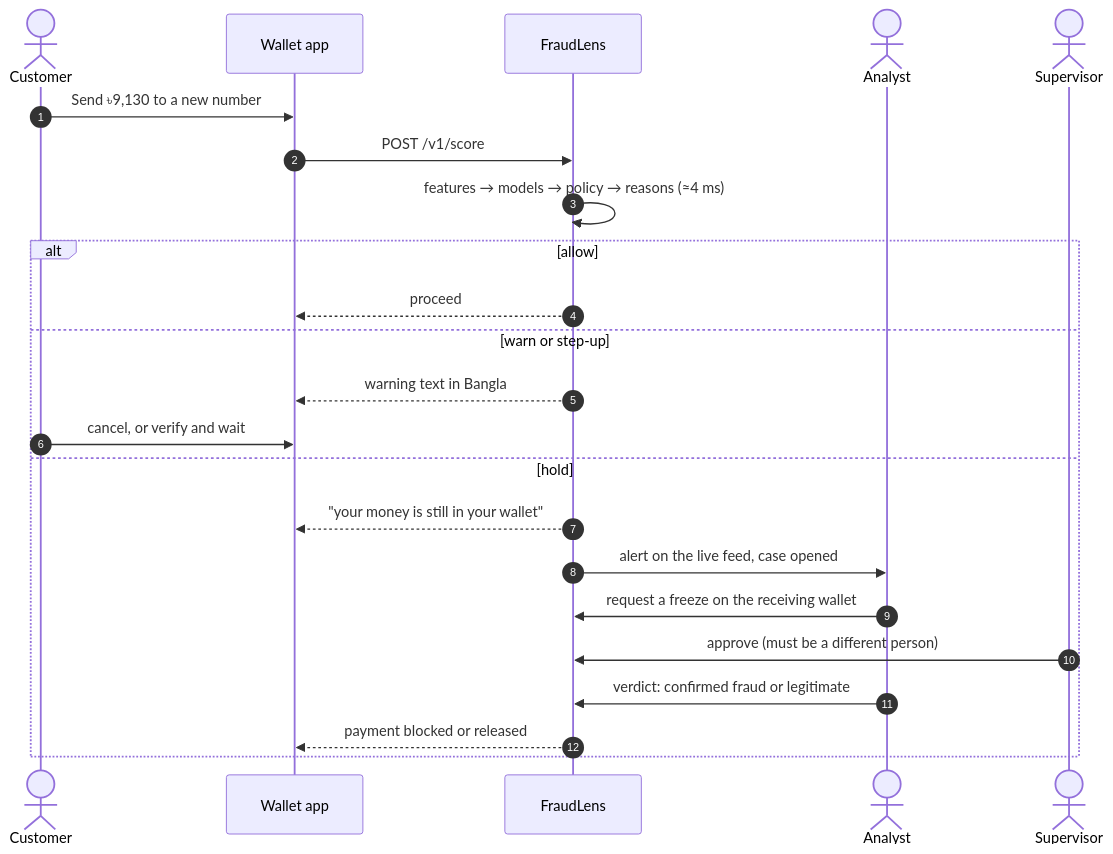
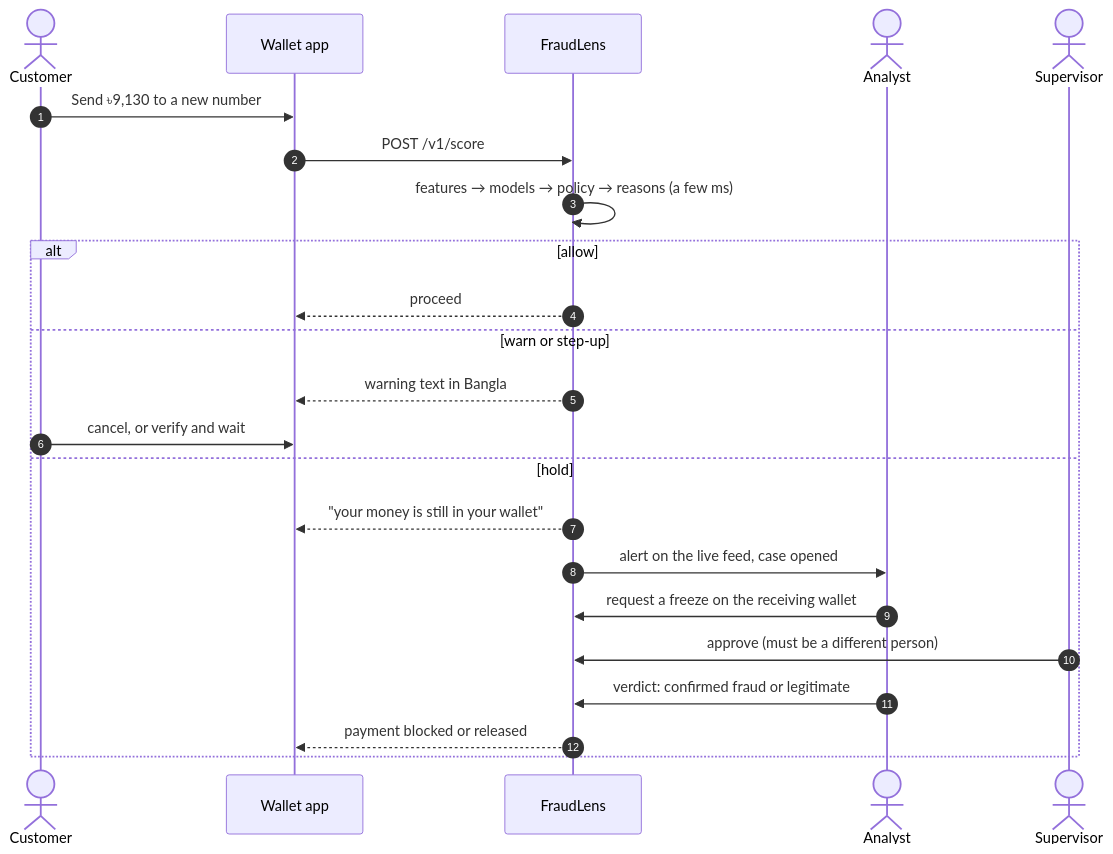
The second of 7 diagrams in README.md (0xdevabir/FraudLens), drawn with Mermaid before and after one commit. The commit also changed other lines of this file and 19 other files, not shown here.

````diff
--- a/README.md
+++ b/README.md
@@ -87,25 +87,25 @@
 ```mermaid
 sequenceDiagram
     autonumber
     actor C as Customer
     participant W as Wallet app
     participant F as FraudLens
     actor A as Analyst
     actor S as Supervisor
     C->>W: Send ৳9,130 to a new number
     W->>F: POST /v1/score
-    F->>F: features → models → policy → reasons (≈4 ms)
+    F->>F: features → models → policy → reasons (a few ms)
     alt allow
         F-->>W: proceed
     else warn or step-up
         F-->>W: warning text in Bangla
         C->>W: cancel, or verify and wait
     else hold
         F-->>W: "your money is still in your wallet"
         F->>A: alert on the live feed, case opened
         A->>F: request a freeze on the receiving wallet
         S->>F: approve (must be a different person)
         A->>F: verdict: confirmed fraud or legitimate
         F-->>W: payment blocked or released
     end
 ```
````
